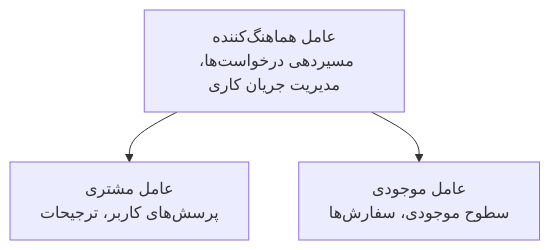
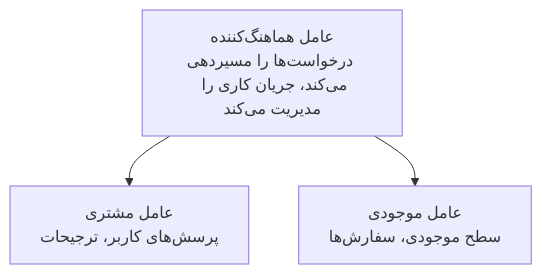
Before and after one commit to microsoft/AZD-for-beginners: the diagram in translations/fa/docs/chapter-05-multi-agent/README.md, drawn with Mermaid. The commit also changed other lines of this file and 104 other files, not shown here.

````diff
--- a/translations/fa/docs/chapter-05-multi-agent/README.md
+++ b/translations/fa/docs/chapter-05-multi-agent/README.md
@@ -52,5 +54,5 @@
 ```mermaid
 graph TD
-    Orchestrator[عامل هماهنگ‌کننده<br/>مسیر‌دهی درخواست‌ها، مدیریت جریان کاری] --> Customer[عامل مشتری<br/>پرسش‌های کاربر، ترجیحات]
-    Orchestrator --> Inventory[عامل موجودی<br/>سطوح موجودی، سفارش‌ها]
+    Orchestrator[عامل هماهنگ‌کننده<br/>درخواست‌ها را مسیردهی می‌کند، جریان کاری را مدیریت می‌کند] --> Customer[عامل مشتری<br/>پرسش‌های کاربر، ترجیحات]
+    Orchestrator --> Inventory[عامل موجودی<br/>سطح موجودی، سفارش‌ها]
 ```
````
